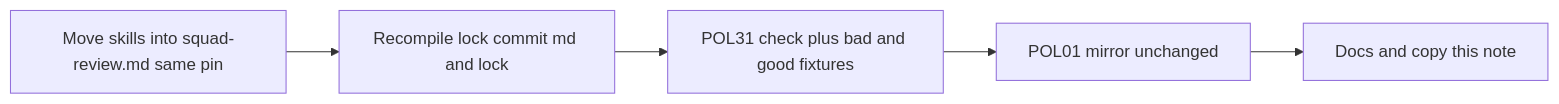
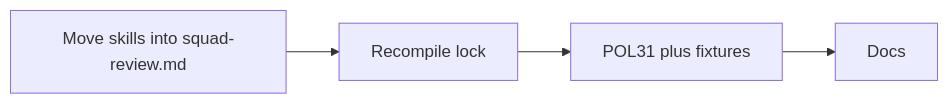
Before and after one commit to svennijhuis/agentic-workflows: the second of 2 diagrams in docs/pbi/done/C12b-skills-in-main-workflow.md, drawn with Mermaid. The commit also changed other lines of this file and 986 other files, not shown here.

````diff
--- a/docs/pbi/done/C12b-skills-in-main-workflow.md
+++ b/docs/pbi/done/C12b-skills-in-main-workflow.md
@@ -80,12 +63,10 @@
 ```mermaid
 flowchart LR
-  S1[Move skills into squad-review.md same pin]
-  S2[Recompile lock commit md and lock]
+  S1[Move skills into squad-review.md]
+  S2[Recompile lock]
   S1 --> S2
-  S3[POL31 check plus bad and good fixtures]
+  S3[POL31 plus fixtures]
   S2 --> S3
-  S4[POL01 mirror unchanged]
+  S4[Docs]
   S3 --> S4
-  S5[Docs and copy this note]
-  S4 --> S5
 ```
````
